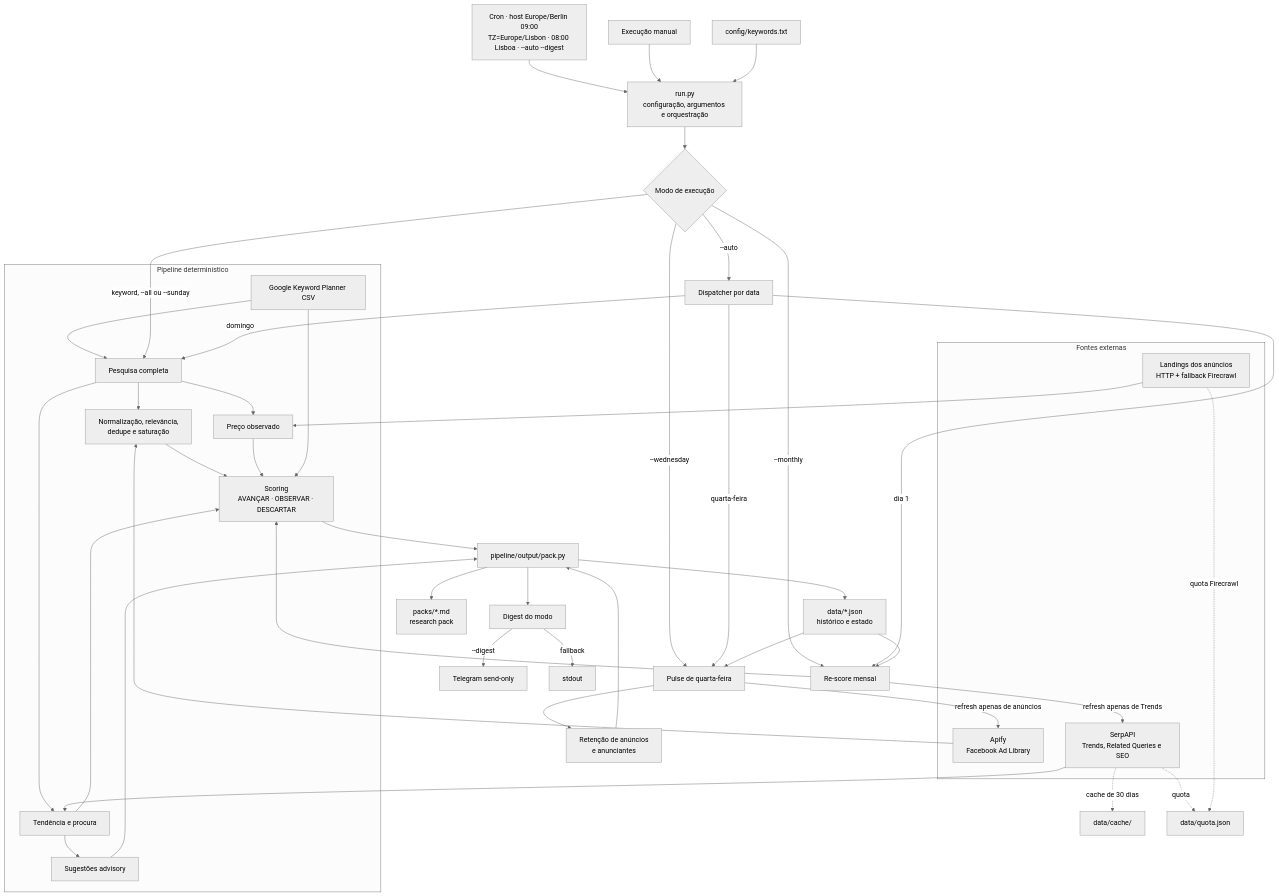
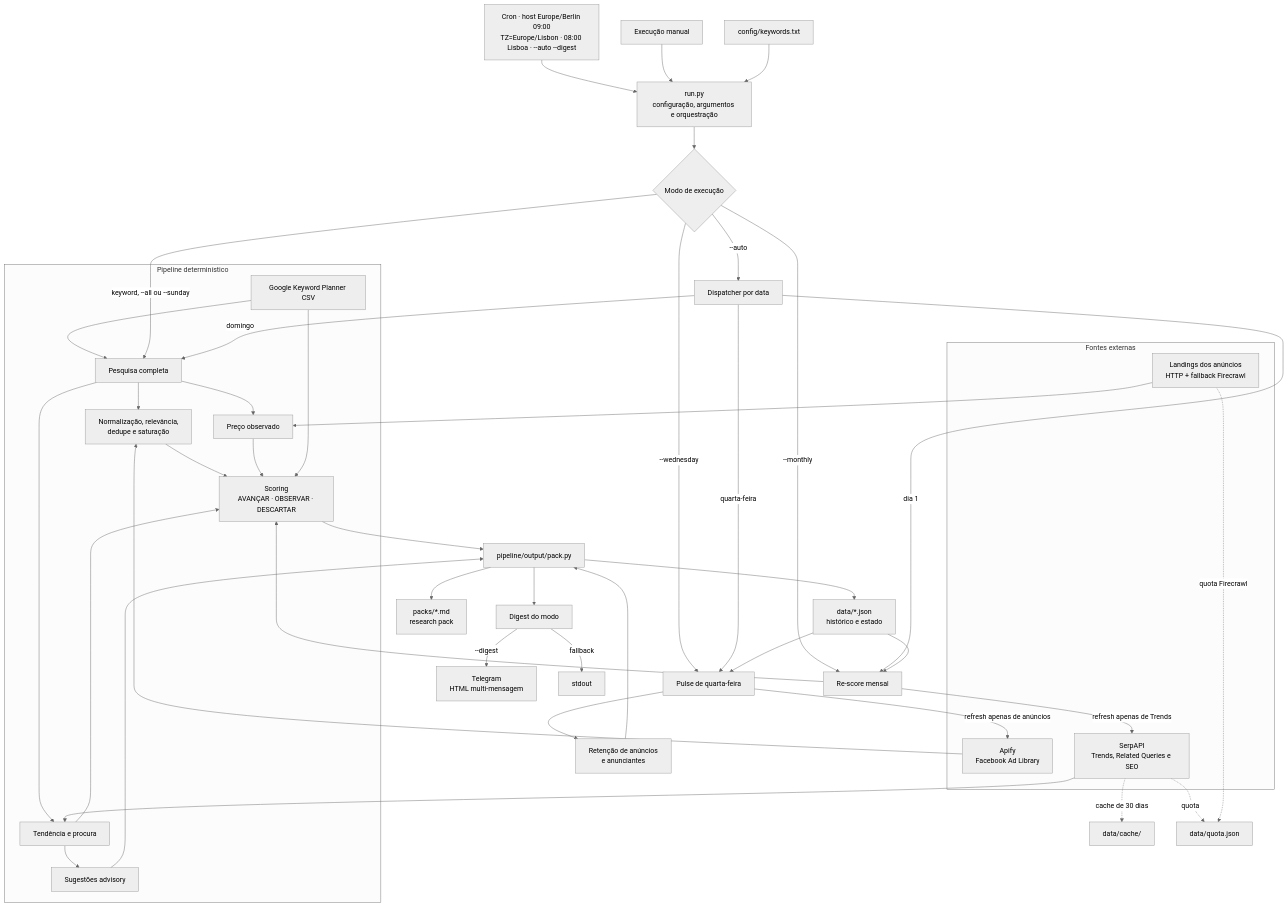
Before and after one commit to Vitor-VarelAI/Ecom-Research: the diagram in README.md, drawn with Mermaid (neutral theme). The commit also changed other lines of this file and 2 other files, not shown here.

Commit message:
docs(telegram): refresh outbound release state

````diff
--- a/README.md
+++ b/README.md
@@ -40,56 +41,56 @@
 ```mermaid
 flowchart TD
     Cron["Cron · host Europe/Berlin 09:00<br/>TZ=Europe/Lisbon · 08:00 Lisboa · --auto --digest"] --> CLI["run.py<br/>configuração, argumentos e orquestração"]
     User["Execução manual"] --> CLI
     Keywords["config/keywords.txt"] --> CLI
     KeywordCSV["Google Keyword Planner CSV"] --> Full
 
     CLI --> Mode{"Modo de execução"}
     Mode -->|keyword, --all ou --sunday| Full["Pesquisa completa"]
     Mode -->|--wednesday| Wednesday["Pulse de quarta-feira"]
     Mode -->|--monthly| Monthly["Re-score mensal"]
     Mode -->|--auto| Calendar["Dispatcher por data"]
     Calendar -->|domingo| Full
     Calendar -->|quarta-feira| Wednesday
     Calendar -->|dia 1| Monthly
 
     subgraph Sources["Fontes externas"]
         Apify["Apify<br/>Facebook Ad Library"]
         SerpAPI["SerpAPI<br/>Trends, Related Queries e SEO"]
         Landings["Landings dos anúncios<br/>HTTP + fallback Firecrawl"]
     end
 
     subgraph Pipeline["Pipeline determinístico"]
         Full --> Ads["Normalização, relevância,<br/>dedupe e saturação"]
         Apify --> Ads
         Full --> Trends["Tendência e procura"]
         SerpAPI --> Trends
         Full --> Price["Preço observado"]
         Landings --> Price
         Ads --> Score["Scoring<br/>AVANÇAR · OBSERVAR · DESCARTAR"]
         Trends --> Score
         Price --> Score
         KeywordCSV --> Score
         Trends --> Suggestions["Sugestões advisory"]
     end
 
     History["data/*.json<br/>histórico e estado"] --> Wednesday
     History --> Monthly
     Wednesday -->|refresh apenas de anúncios| Apify
     Wednesday --> Cohort["Retenção de anúncios<br/>e anunciantes"]
     Monthly -->|refresh apenas de Trends| SerpAPI
     Monthly --> Score
 
     Score --> Pack["pipeline/output/pack.py"]
     Suggestions --> Pack
     Cohort --> Pack
     Pack --> Markdown["packs/*.md<br/>research pack"]
     Pack --> History
     Pack --> Digest["Digest do modo"]
-    Digest -->|--digest| Telegram["Telegram send-only"]
+    Digest -->|--digest| Telegram["Telegram<br/>HTML multi-mensagem"]
     Digest -->|fallback| Stdout["stdout"]
 
     SerpAPI -. cache de 30 dias .-> Cache["data/cache/"]
     SerpAPI -. quota .-> Quota["data/quota.json"]
     Landings -. quota Firecrawl .-> Quota
 ```
````
